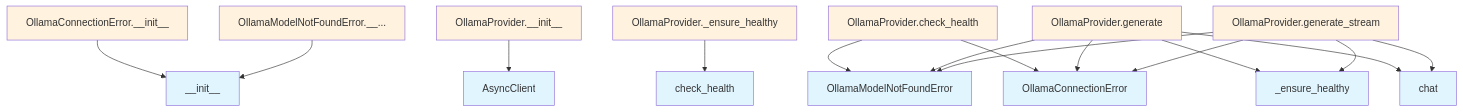
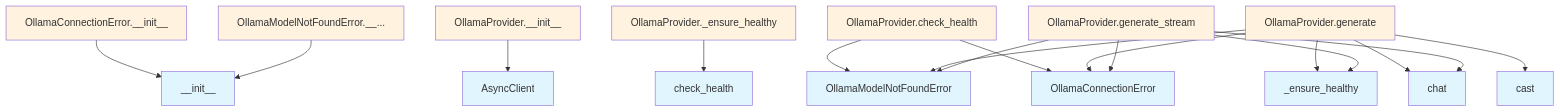
Before and after one commit to UrbanDiver/local-deepwiki-mcp: the second of 2 diagrams in .deepwiki/files/src/local_deepwiki/providers/llm/ollama.md, drawn with Mermaid. The commit also changed other lines of this file and 53 other files, not shown here.

````diff
--- a/.deepwiki/files/src/local_deepwiki/providers/llm/ollama.md
+++ b/.deepwiki/files/src/local_deepwiki/providers/llm/ollama.md
@@ -255,35 +567,37 @@
 ```mermaid
 flowchart TD
     N0[AsyncClient]
     N1[OllamaConnectionError]
     N2[OllamaConnectionError.__init__]
     N3[OllamaModelNotFoundError]
     N4[OllamaModelNotFoundError.__...]
     N5[OllamaProvider.__init__]
     N6[OllamaProvider._ensure_healthy]
     N7[OllamaProvider.check_health]
     N8[OllamaProvider.generate]
     N9[OllamaProvider.generate_stream]
     N10[__init__]
     N11[_ensure_healthy]
-    N12[chat]
-    N13[check_health]
+    N12[cast]
+    N13[chat]
+    N14[check_health]
     N2 --> N10
     N4 --> N10
     N5 --> N0
     N7 --> N3
     N7 --> N1
-    N6 --> N13
+    N6 --> N14
     N8 --> N11
+    N8 --> N13
     N8 --> N12
     N8 --> N3
     N8 --> N1
     N9 --> N11
-    N9 --> N12
+    N9 --> N13
     N9 --> N3
     N9 --> N1
     classDef func fill:#e1f5fe
-    class N0,N1,N3,N10,N11,N12,N13 func
+    class N0,N1,N3,N10,N11,N12,N13,N14 func
     classDef method fill:#fff3e0
     class N2,N4,N5,N6,N7,N8,N9 method
 ```
````
